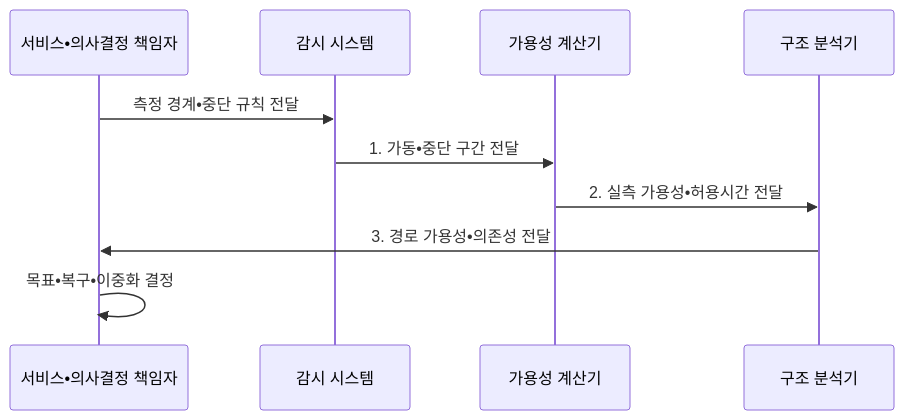
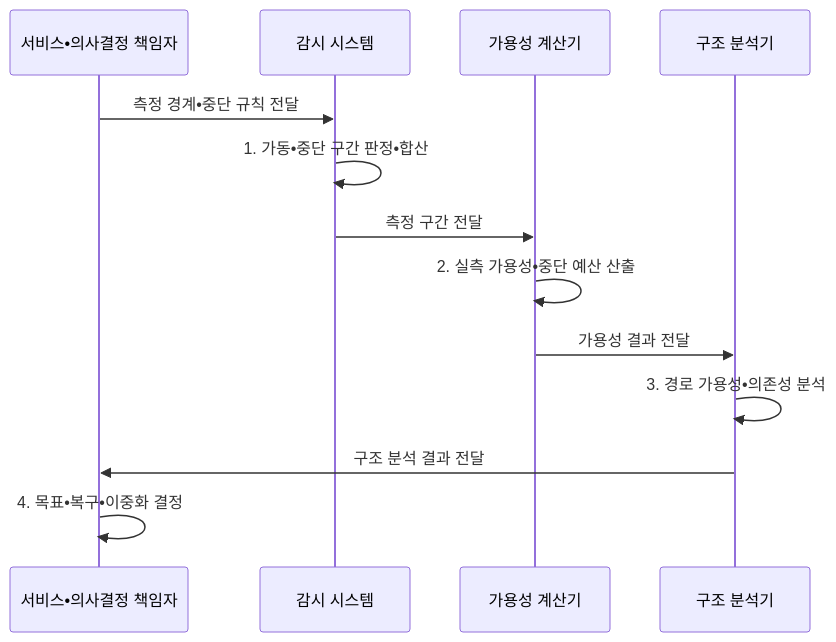
The second of 2 diagrams in src/content/docs/notes/06-evaluation/013_availability_calculation.md (agnusdei1207/knowledge-base), drawn with Mermaid before and after one commit. The commit also changed other lines of this file and 20 other files, not shown here.

````diff
--- a/src/content/docs/notes/06-evaluation/013_availability_calculation.md
+++ b/src/content/docs/notes/06-evaluation/013_availability_calculation.md
@@ -109,12 +109,15 @@
 ```mermaid
 sequenceDiagram
   participant O as 서비스•의사결정 책임자
   participant M as 감시 시스템
   participant C as 가용성 계산기
   participant A as 구조 분석기
   O->>M: 측정 경계•중단 규칙 전달
-  M->>C: 1. 가동•중단 구간 전달
-  C->>A: 2. 실측 가용성•허용시간 전달
-  A->>O: 3. 경로 가용성•의존성 전달
-  O->>O: 목표•복구•이중화 결정
+  M->>M: 1. 가동•중단 구간 판정•합산
+  M->>C: 측정 구간 전달
+  C->>C: 2. 실측 가용성•중단 예산 산출
+  C->>A: 가용성 결과 전달
+  A->>A: 3. 경로 가용성•의존성 분석
+  A->>O: 구조 분석 결과 전달
+  O->>O: 4. 목표•복구•이중화 결정
 ```
````
